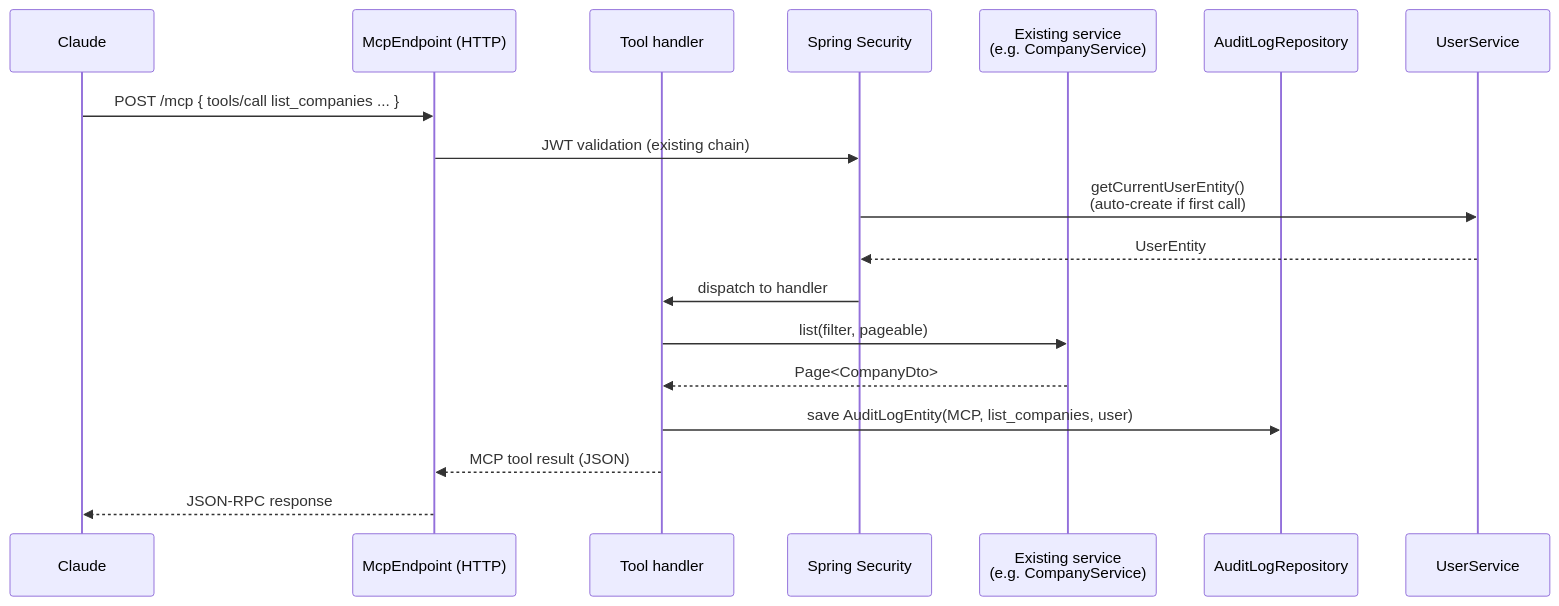
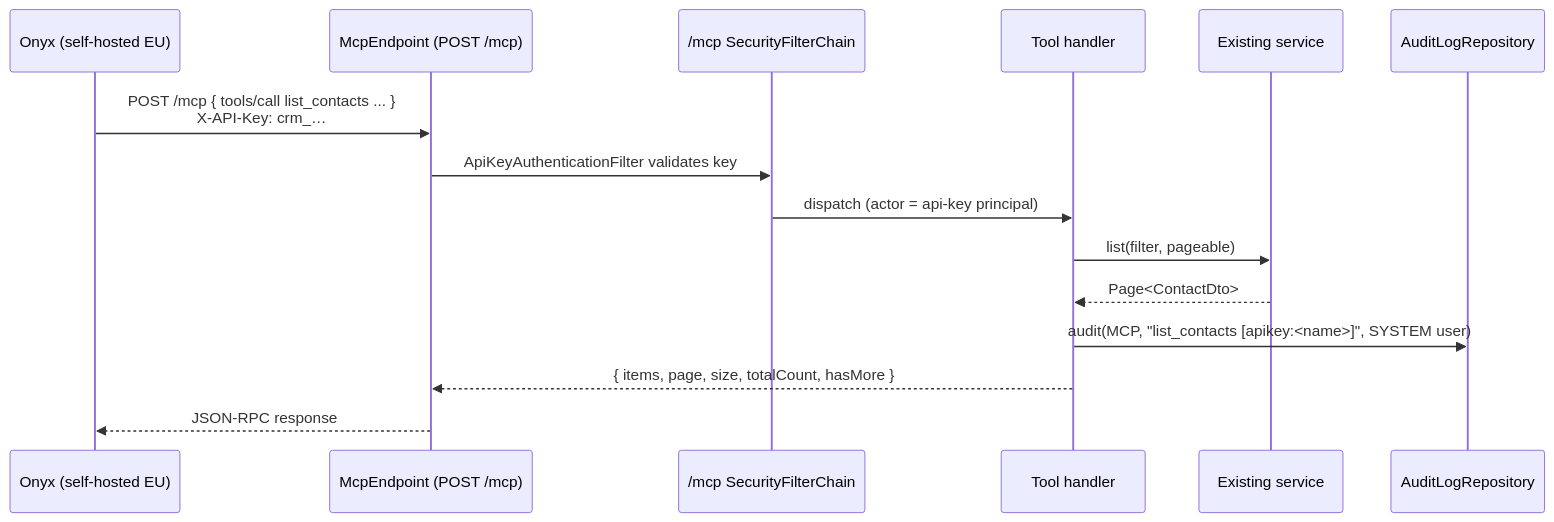
The second of 2 diagrams in docs/specs/108-mcp-connector/design.md (Ndacyayisenga-droid/open-crm), drawn with Mermaid before and after one commit. The commit also changed other lines of this file and 2 other files, not shown here.

First line of the commit message:
spec(108): generalize MCP connector into client-agnostic server

````diff
--- a/docs/specs/108-mcp-connector/design.md
+++ b/docs/specs/108-mcp-connector/design.md
@@ -97,21 +77,18 @@
 ```mermaid
 sequenceDiagram
-    participant C as Claude
-    participant E as McpEndpoint (HTTP)
+    participant O as Onyx (self-hosted EU)
+    participant E as McpEndpoint (POST /mcp)
+    participant SEC as /mcp SecurityFilterChain
     participant T as Tool handler
-    participant SEC as Spring Security
-    participant S as Existing service<br/>(e.g. CompanyService)
+    participant S as Existing service
     participant A as AuditLogRepository
-    participant U as UserService
 
-    C->>E: POST /mcp { tools/call list_companies ... }
-    E->>SEC: JWT validation (existing chain)
-    SEC->>U: getCurrentUserEntity()<br/>(auto-create if first call)
-    U-->>SEC: UserEntity
-    SEC->>T: dispatch to handler
+    O->>E: POST /mcp { tools/call list_contacts ... }<br/>X-API-Key: crm_…
+    E->>SEC: ApiKeyAuthenticationFilter validates key
+    SEC->>T: dispatch (actor = api-key principal)
     T->>S: list(filter, pageable)
-    S-->>T: Page<CompanyDto>
-    T->>A: save AuditLogEntity(MCP, list_companies, user)
-    T-->>E: MCP tool result (JSON)
-    E-->>C: JSON-RPC response
+    S-->>T: Page<ContactDto>
+    T->>A: audit(MCP, "list_contacts [apikey:<name>]", SYSTEM user)
+    T-->>E: { items, page, size, totalCount, hasMore }
+    E-->>O: JSON-RPC response
 ```
````
